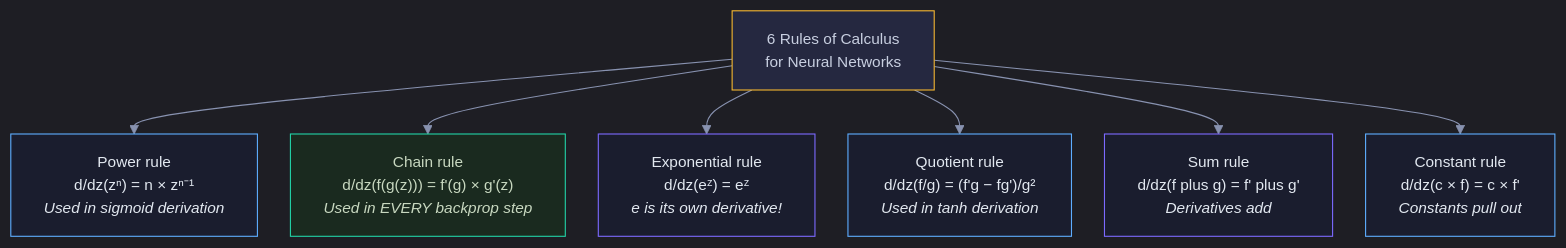
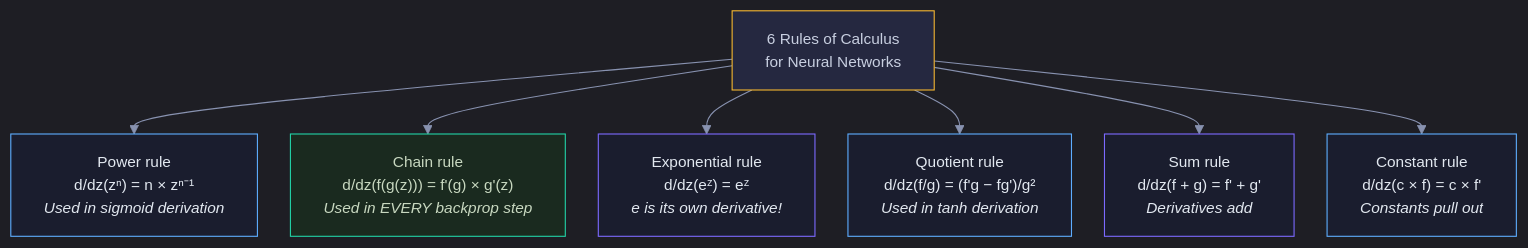
The fifth of 18 diagrams in Documents/Visual_Guides/Deep_Learning/Neural_Network_Fundamentals_Visual.md (snehith1234/StudyCircle), drawn with Mermaid before and after one commit. The commit also changed other lines of this file and 10 other files, not shown here.

First line of the commit message:
Fix Mermaid formatting and add RNN/LSTM guides

````diff
--- a/Documents/Visual_Guides/Deep_Learning/Neural_Network_Fundamentals_Visual.md
+++ b/Documents/Visual_Guides/Deep_Learning/Neural_Network_Fundamentals_Visual.md
@@ -143,19 +143,19 @@
 ```mermaid
 %%{init: {'theme': 'dark', 'themeVariables': {'darkMode': true, 'background': '#0e1117', 'primaryColor': '#1a1d2e', 'primaryTextColor': '#e2e8f0', 'primaryBorderColor': '#2d3148', 'lineColor': '#8892b0', 'secondaryColor': '#252840', 'tertiaryColor': '#1a1d2e', 'fontSize': '14px', 'edgeLabelBackground': '#0e1117'}, 'flowchart': {'nodeSpacing': 30, 'rankSpacing': 40, 'padding': 15, 'htmlLabels': true}}}%%
 graph TD
     RULES["6 Rules of Calculus<br/>for Neural Networks"]
     RULES --> R1["Power rule<br/>d/dz(zⁿ) = n × zⁿ⁻¹<br/><i>Used in sigmoid derivation</i>"]
     RULES --> R2["Chain rule<br/>d/dz(f(g(z))) = f'(g) × g'(z)<br/><i>Used in EVERY backprop step</i>"]
     RULES --> R3["Exponential rule<br/>d/dz(eᶻ) = eᶻ<br/><i>e is its own derivative!</i>"]
     RULES --> R4["Quotient rule<br/>d/dz(f/g) = (f'g − fg')/g²<br/><i>Used in tanh derivation</i>"]
-    RULES --> R5["Sum rule<br/>d/dz(f plus g) = f' plus g'<br/><i>Derivatives add</i>"]
+    RULES --> R5["Sum rule<br/>d/dz(f + g) = f' + g'<br/><i>Derivatives add</i>"]
     RULES --> R6["Constant rule<br/>d/dz(c × f) = c × f'<br/><i>Constants pull out</i>"]
 
     style RULES fill:#252840,stroke:#f5b731,color:#c8cfe0
     style R1 fill:#1a1d2e,stroke:#5eaeff,color:#e2e8f0
     style R2 fill:#1a2a1f,stroke:#22d3a7,color:#c8d8c0
     style R3 fill:#1a1d2e,stroke:#7c6aff,color:#e2e8f0
     style R4 fill:#1a1d2e,stroke:#5eaeff,color:#e2e8f0
     style R5 fill:#1a1d2e,stroke:#7c6aff,color:#e2e8f0
     style R6 fill:#1a1d2e,stroke:#5eaeff,color:#e2e8f0
 ```
````
